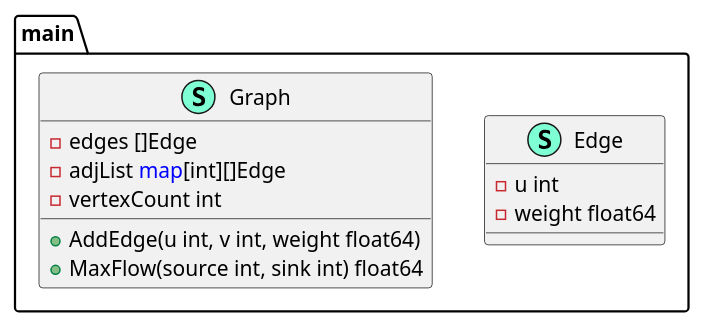
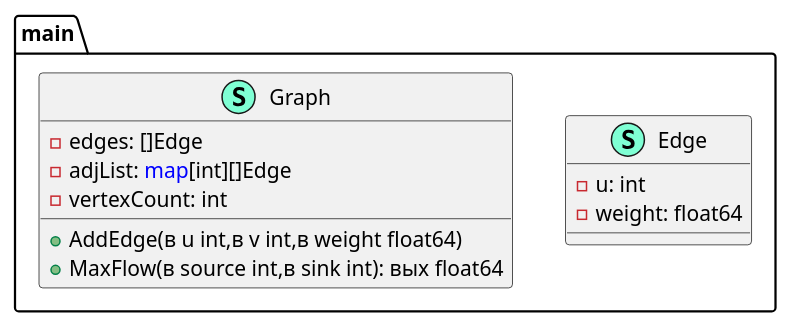
One commit to sQUARys/course_work_oop changed the diagram in second/SecondUml.puml. Above: the diagram before and after it, drawn with PlantUML. The commit also changed 2 other files, not shown here.

Commit message:
Update uml diagramm

```diff
--- a/second/SecondUml.puml
+++ b/second/SecondUml.puml
@@ -1,20 +1,19 @@
 @startuml
 namespace main {
     class Edge << (S,Aquamarine) >> {
-        - u int
-        - weight float64
+        - u: int
+        - weight: float64
 
     }
     class Graph << (S,Aquamarine) >> {
-        - edges []Edge
-        - adjList <font color=blue>map</font>[int][]Edge
-        - vertexCount int
+        - edges: []Edge
+        - adjList: <font color=blue>map</font>[int][]Edge
+        - vertexCount: int
 
-        + AddEdge(u int, v int, weight float64) 
-        + MaxFlow(source int, sink int) float64
+        + AddEdge(в u int,в v int,в weight float64)
+        + MaxFlow(в source int,в sink int): вых float64
 
     }
 }
 
-
 @enduml
```
